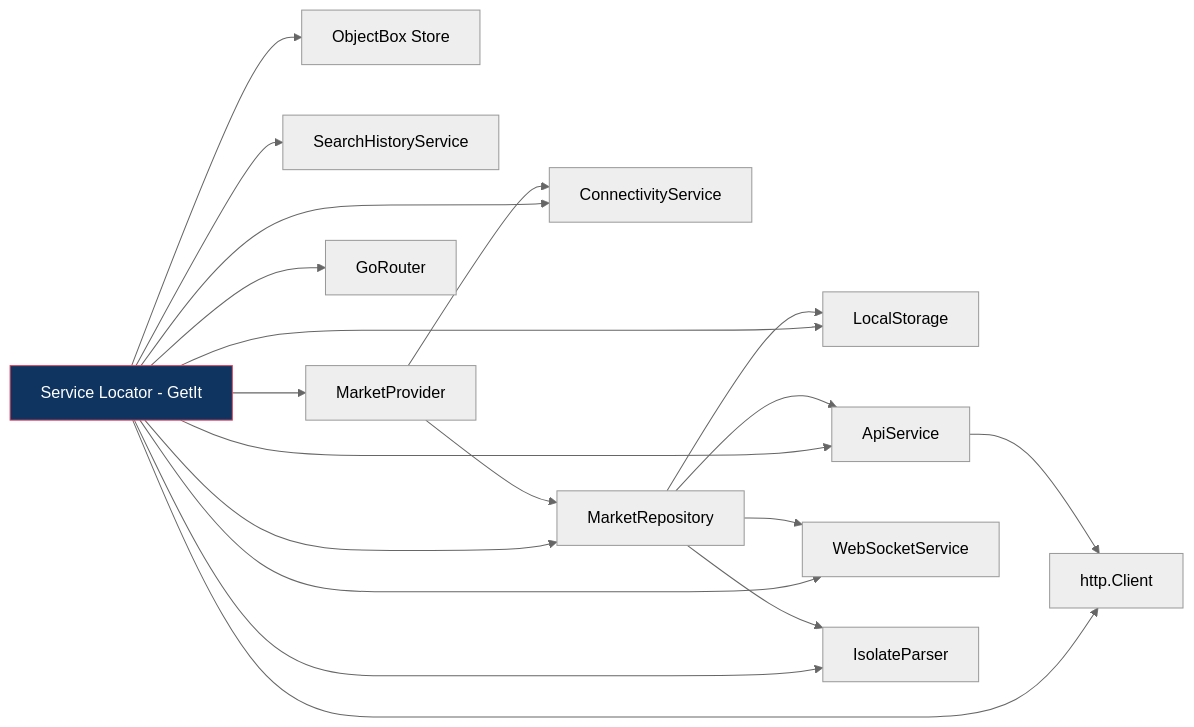
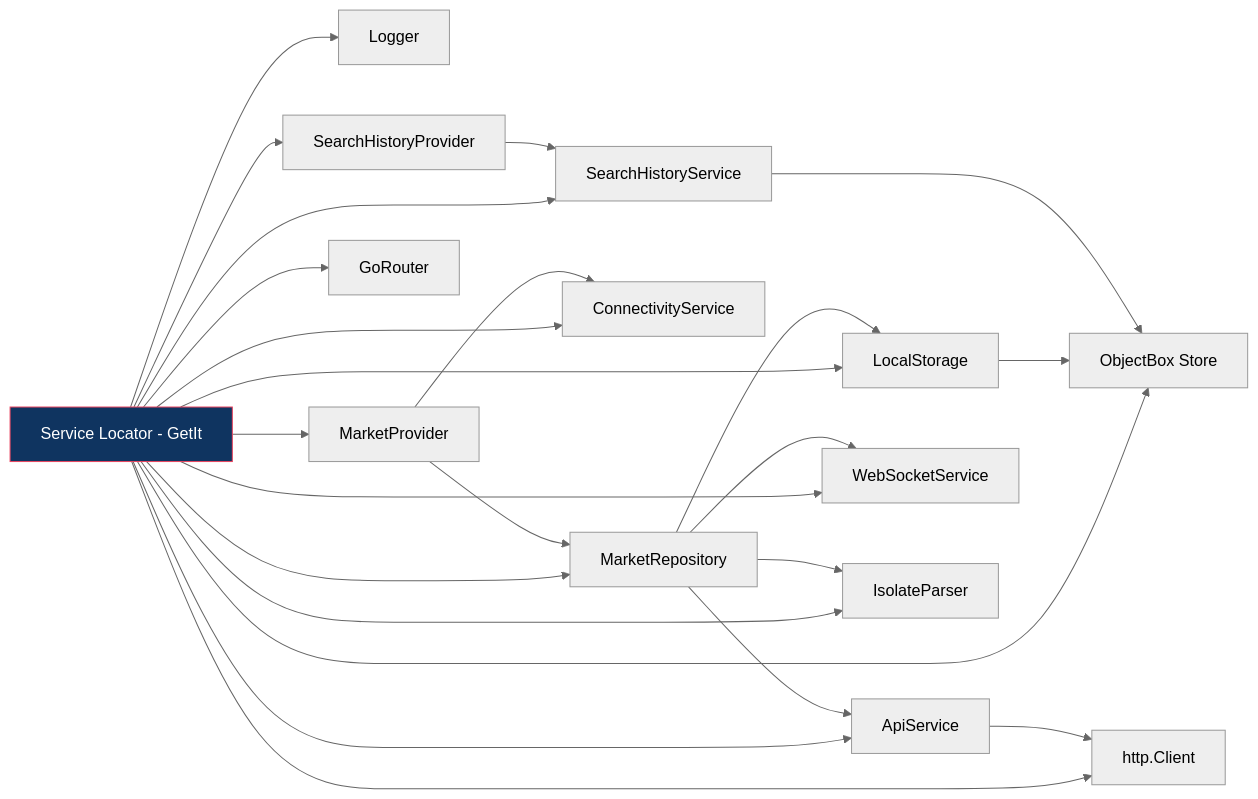
One commit to deveminsahin/crypto_tracker changed the second of 10 diagrams in README.md. Above: the diagram before and after it, drawn with Mermaid (neutral theme). The commit also changed other lines of this file, not shown here.

````diff
--- a/README.md
+++ b/README.md
@@ -104,24 +104,29 @@
 ```mermaid
 graph LR
-    SL[Service Locator - GetIt] --> Store[ObjectBox Store]
+    SL[Service Locator - GetIt] --> LOG[Logger]
+    SL --> Store[ObjectBox Store]
     SL --> HC[http.Client]
     SL --> LS[LocalStorage]
     SL --> SHS[SearchHistoryService]
+    SL --> SHP[SearchHistoryProvider]
     SL --> API[ApiService]
     SL --> WS[WebSocketService]
     SL --> IP[IsolateParser]
     SL --> CS[ConnectivityService]
     SL --> MR[MarketRepository]
     SL --> MP[MarketProvider]
     SL --> R[GoRouter]
 
+    LS --> Store
+    SHS --> Store
+    SHP --> SHS
     API --> HC
     MR --> API
     MR --> WS
     MR --> IP
     MR --> LS
     MP --> MR
     MP --> CS
 
     style SL fill:#0f3460,stroke:#e94560,color:#fff
 ```
````
